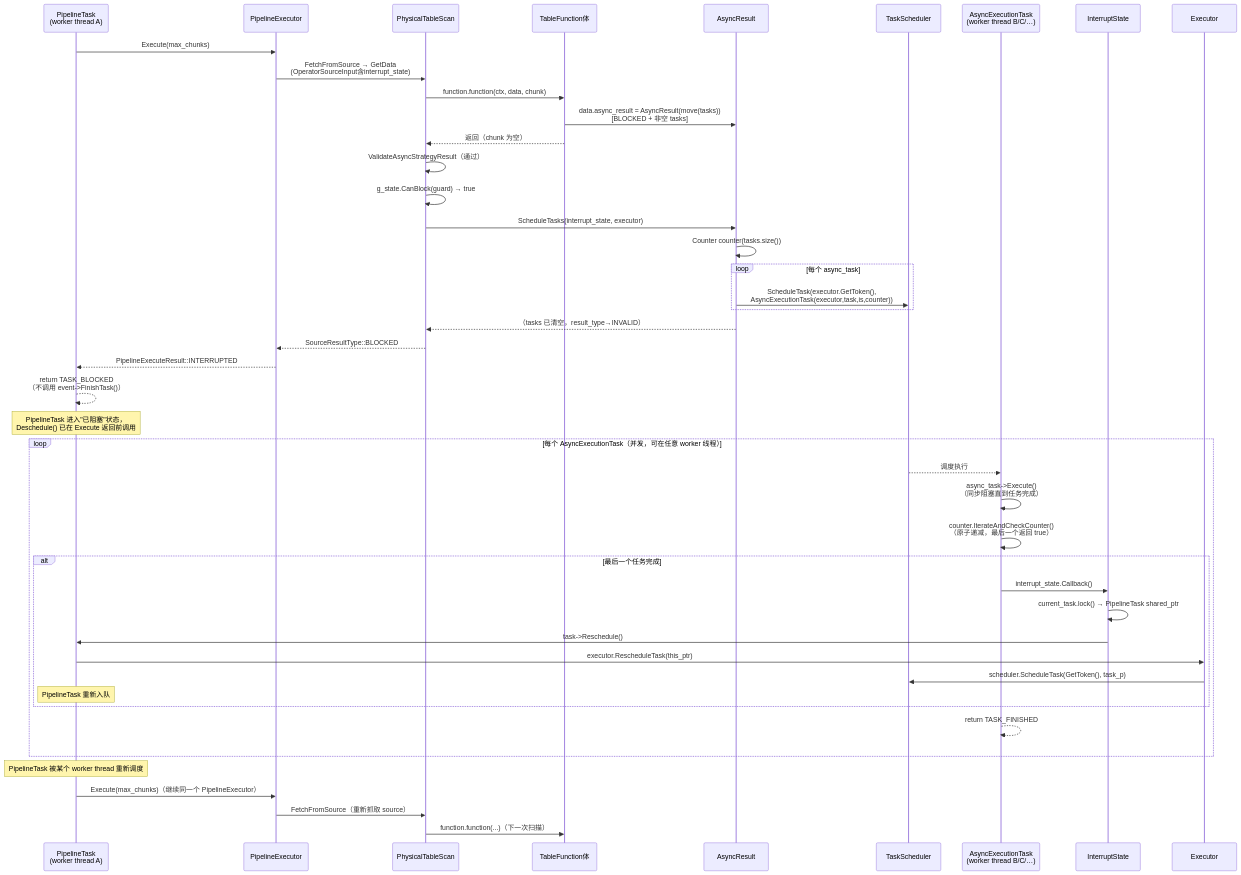
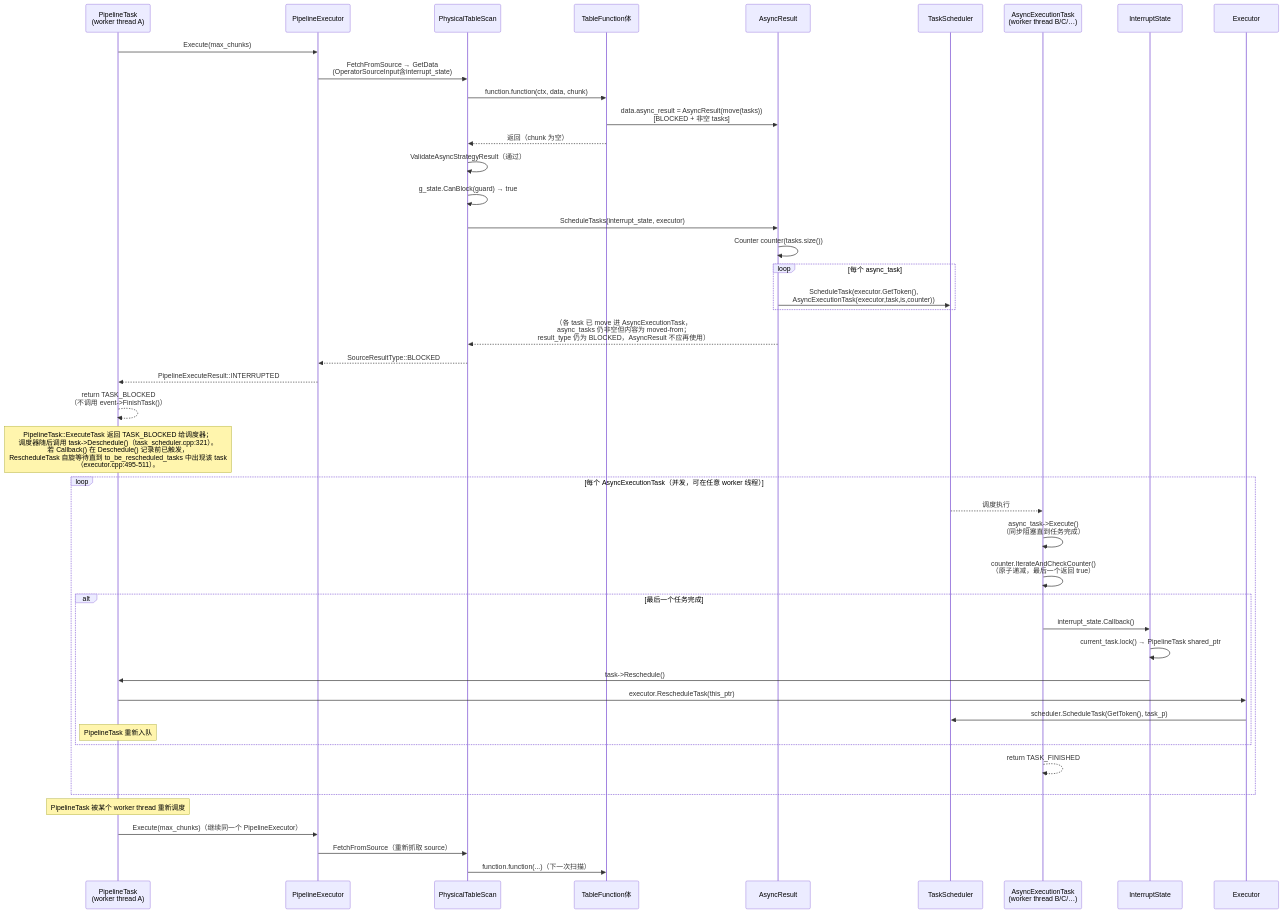
One commit to ybtsdst/duckdb changed the diagram in dev_docs/ASYNC_TABLE_SCAN_PROTOCOL_INTERNALS.md. Above: the diagram before and after it, drawn with Mermaid. The commit also changed other lines of this file, not shown here.

First line of the commit message:
Fix three factual errors in ASYNC_TABLE_SCAN_PROTOCOL_INTERNALS.md

````diff
--- a/dev_docs/ASYNC_TABLE_SCAN_PROTOCOL_INTERNALS.md
+++ b/dev_docs/ASYNC_TABLE_SCAN_PROTOCOL_INTERNALS.md
@@ -164,51 +164,51 @@
 ```mermaid
 sequenceDiagram
     participant PT as PipelineTask<br/>(worker thread A)
     participant PE as PipelineExecutor
     participant PTS as PhysicalTableScan
     participant TF as TableFunction体
     participant AR as AsyncResult
     participant TS as TaskScheduler
     participant AET as AsyncExecutionTask<br/>(worker thread B/C/…)
     participant IS as InterruptState
     participant Exec as Executor
 
     PT->>PE: Execute(max_chunks)
     PE->>PTS: FetchFromSource → GetData<br/>(OperatorSourceInput含interrupt_state)
     PTS->>TF: function.function(ctx, data, chunk)
     TF->>AR: data.async_result = AsyncResult(move(tasks))<br/>[BLOCKED + 非空 tasks]
     TF-->>PTS: 返回（chunk 为空）
     PTS->>PTS: ValidateAsyncStrategyResult（通过）
     PTS->>PTS: g_state.CanBlock(guard) → true
     PTS->>AR: ScheduleTasks(interrupt_state, executor)
     AR->>AR: Counter counter(tasks.size())
     loop 每个 async_task
         AR->>TS: ScheduleTask(executor.GetToken(),<br/>AsyncExecutionTask(executor,task,is,counter))
     end
-    AR-->>PTS: （tasks 已清空，result_type→INVALID）
+    AR-->>PTS: （各 task 已 move 进 AsyncExecutionTask，<br/>async_tasks 仍非空但内容为 moved-from；<br/>result_type 仍为 BLOCKED，AsyncResult 不应再使用）
     PTS-->>PE: SourceResultType::BLOCKED
     PE-->>PT: PipelineExecuteResult::INTERRUPTED
     PT-->>PT: return TASK_BLOCKED<br/>（不调用 event->FinishTask()）
 
-    Note over PT: PipelineTask 进入"已阻塞"状态，<br/>Deschedule() 已在 Execute 返回前调用
+    Note over PT: PipelineTask::ExecuteTask 返回 TASK_BLOCKED 给调度器；<br/>调度器随后调用 task->Deschedule()（task_scheduler.cpp:321）。<br/>若 Callback() 在 Deschedule() 记录前已触发，<br/>RescheduleTask 自旋等待直到 to_be_rescheduled_tasks 中出现该 task<br/>（executor.cpp:495-511）。
 
     loop 每个 AsyncExecutionTask（并发，可在任意 worker 线程）
         TS-->>AET: 调度执行
         AET->>AET: async_task->Execute()<br/>（同步阻塞直到任务完成）
         AET->>AET: counter.IterateAndCheckCounter()<br/>（原子递减，最后一个返回 true）
         alt 最后一个任务完成
             AET->>IS: interrupt_state.Callback()
             IS->>IS: current_task.lock() → PipelineTask shared_ptr
             IS->>PT: task->Reschedule()
             PT->>Exec: executor.RescheduleTask(this_ptr)
             Exec->>TS: scheduler.ScheduleTask(GetToken(), task_p)
             Note over PT: PipelineTask 重新入队
         end
         AET-->>AET: return TASK_FINISHED
     end
 
     Note over PT: PipelineTask 被某个 worker thread 重新调度
     PT->>PE: Execute(max_chunks)（继续同一个 PipelineExecutor）
     PE->>PTS: FetchFromSource（重新抓取 source）
     PTS->>TF: function.function(...)（下一次扫描）
 ```
````
